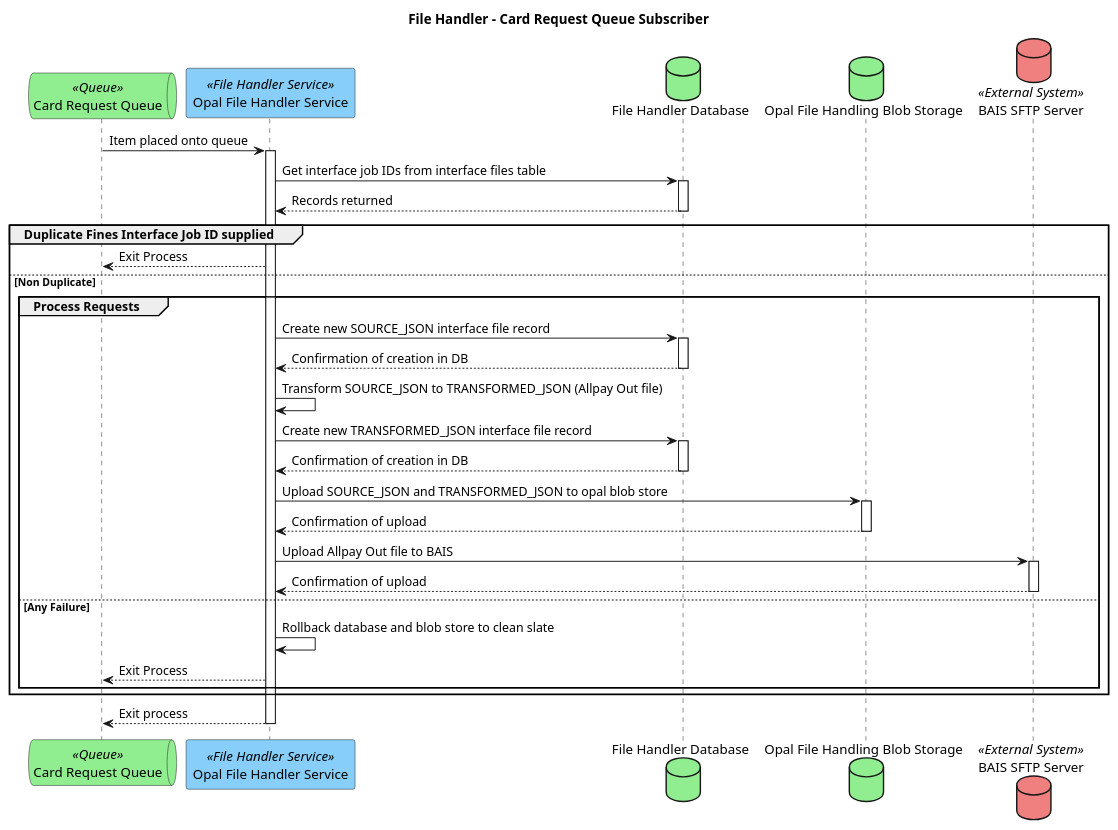
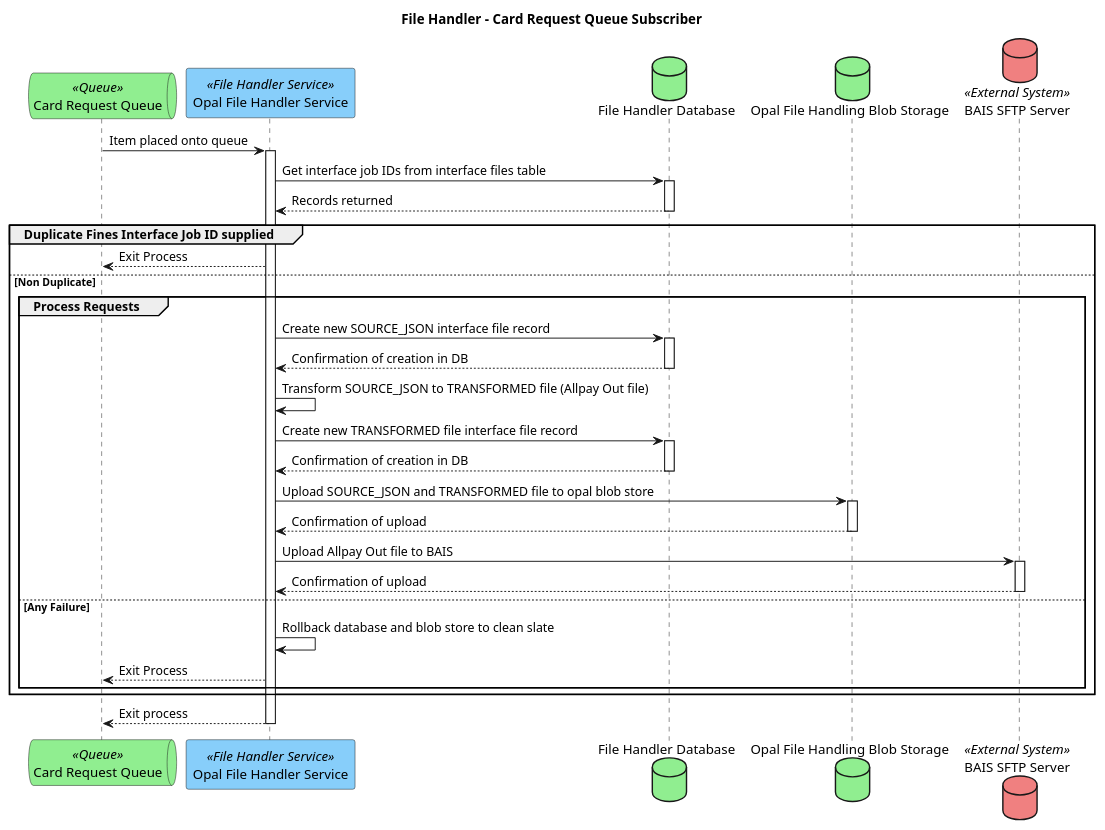
Before and after one commit to hmcts/opal-docs: the diagram in plantUML/external-interfaces/ei7-file-handler-queue-subscriber.puml, drawn with PlantUML.

Commit message:
Renaming TRANSFORMED_JSON to TRANSFORMED for EI7

```diff
--- a/plantUML/external-interfaces/ei7-file-handler-queue-subscriber.puml
+++ b/plantUML/external-interfaces/ei7-file-handler-queue-subscriber.puml
@@ -1,31 +1,31 @@
 @startuml
 title "File Handler - Card Request Queue Subscriber"
 queue "Card Request Queue" as cardRequestQueue <<Queue>> #lightgreen
 participant "Opal File Handler Service" as fileHandlerService <<File Handler Service>> #LightSkyBlue
 database "File Handler Database" as fileHandlerDb #LightGreen
 database "Opal File Handling Blob Storage" as fileHandlingBlobStorage #LightGreen
 database "BAIS SFTP Server" as baisSftpServer <<External System>> #LightCoral
 
 cardRequestQueue -> fileHandlerService ++ : Item placed onto queue
 fileHandlerService -> fileHandlerDb ++ : Get interface job IDs from interface files table
 fileHandlerDb --> fileHandlerService -- : Records returned
 group Duplicate Fines Interface Job ID supplied
     fileHandlerService --> cardRequestQueue : Exit Process
 else Non Duplicate
     group Process Requests
         fileHandlerService -> fileHandlerDb ++ : Create new SOURCE_JSON interface file record
         fileHandlerDb --> fileHandlerService -- : Confirmation of creation in DB
-        fileHandlerService -> fileHandlerService : Transform SOURCE_JSON to TRANSFORMED_JSON (Allpay Out file)
-        fileHandlerService -> fileHandlerDb ++ : Create new TRANSFORMED_JSON interface file record
+        fileHandlerService -> fileHandlerService : Transform SOURCE_JSON to TRANSFORMED file (Allpay Out file)
+        fileHandlerService -> fileHandlerDb ++ : Create new TRANSFORMED file interface file record
         fileHandlerDb --> fileHandlerService -- : Confirmation of creation in DB
-        fileHandlerService -> fileHandlingBlobStorage ++ : Upload SOURCE_JSON and TRANSFORMED_JSON to opal blob store
+        fileHandlerService -> fileHandlingBlobStorage ++ : Upload SOURCE_JSON and TRANSFORMED file to opal blob store
         fileHandlingBlobStorage --> fileHandlerService -- : Confirmation of upload
         fileHandlerService -> baisSftpServer ++ : Upload Allpay Out file to BAIS
         baisSftpServer --> fileHandlerService -- : Confirmation of upload
     else Any Failure
         fileHandlerService -> fileHandlerService : Rollback database and blob store to clean slate
         fileHandlerService --> cardRequestQueue : Exit Process
     end
 end
 fileHandlerService --> cardRequestQueue -- : Exit process
 @enduml
```
